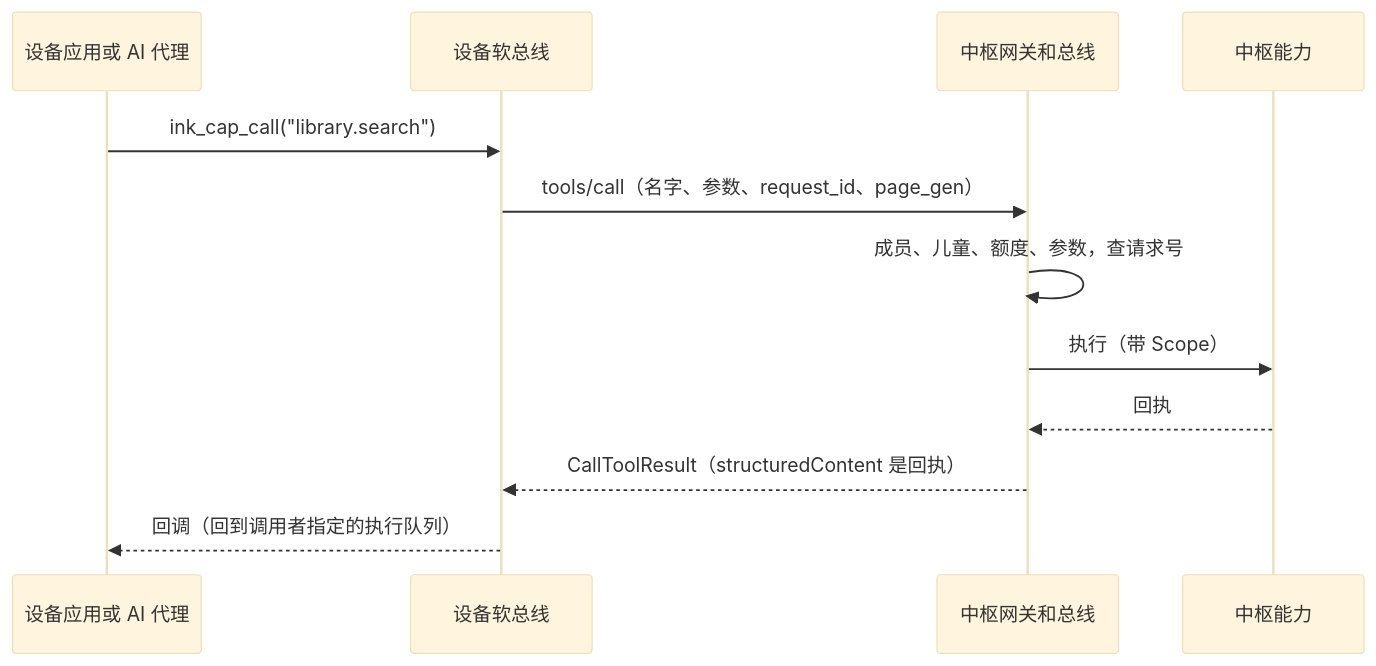
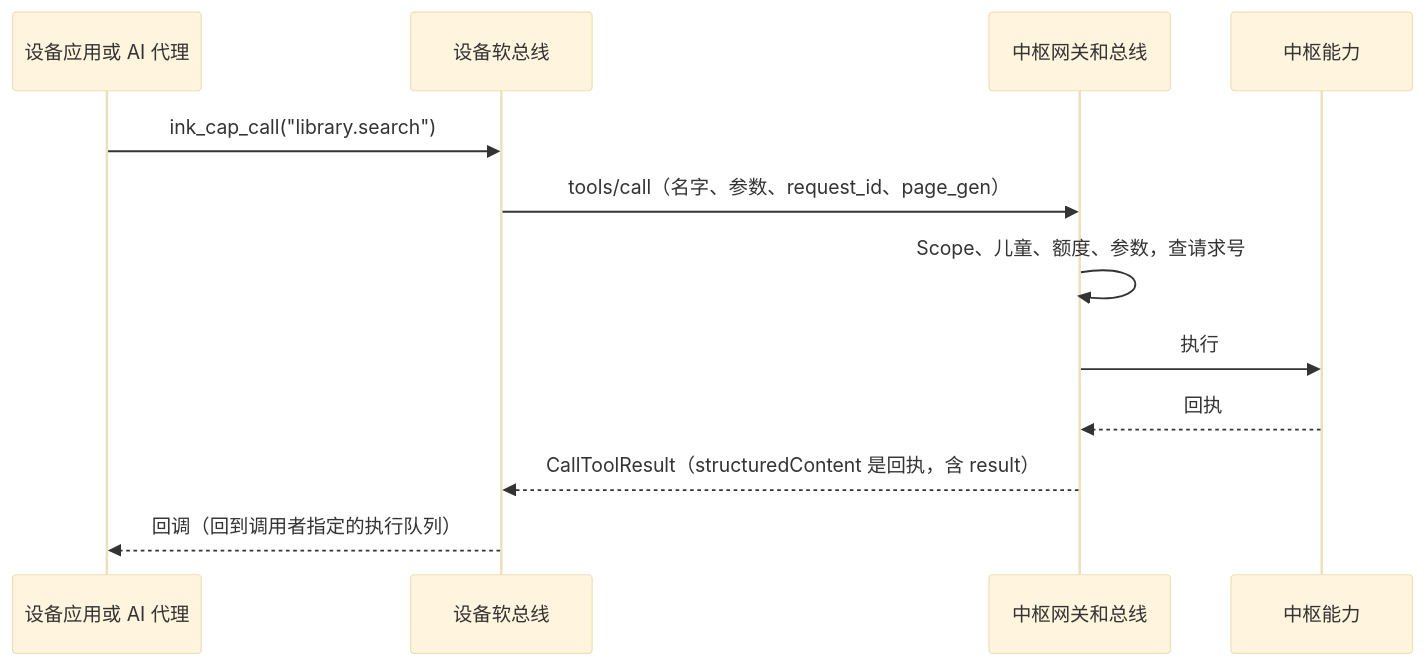
One commit to Gidean-zcx/ink changed diagram 14 of 16 in docs/hub/hub-architecture.md. Above: the diagram before and after it, drawn with Mermaid (base theme). The commit also changed other lines of this file and 16 other files, not shown here.

````diff
--- a/docs/hub/hub-architecture.md
+++ b/docs/hub/hub-architecture.md
@@ -1042,14 +1177,14 @@
 ```mermaid
 sequenceDiagram
   participant A as 设备应用或 AI 代理
   participant B as 设备软总线
   participant G as 中枢网关和总线
   participant C as 中枢能力
   A->>B: ink_cap_call("library.search")
   B->>G: tools/call（名字、参数、request_id、page_gen）
-  G->>G: 成员、儿童、额度、参数，查请求号
-  G->>C: 执行（带 Scope）
+  G->>G: Scope、儿童、额度、参数，查请求号
+  G->>C: 执行
   C-->>G: 回执
-  G-->>B: CallToolResult（structuredContent 是回执）
+  G-->>B: CallToolResult（structuredContent 是回执，含 result）
   B-->>A: 回调（回到调用者指定的执行队列）
 ```
````
